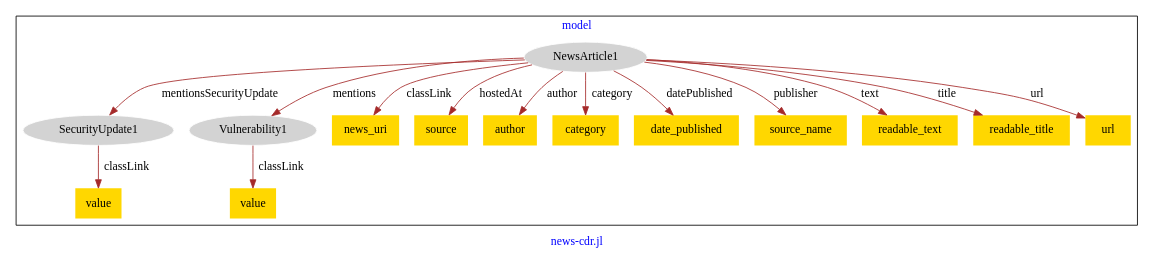
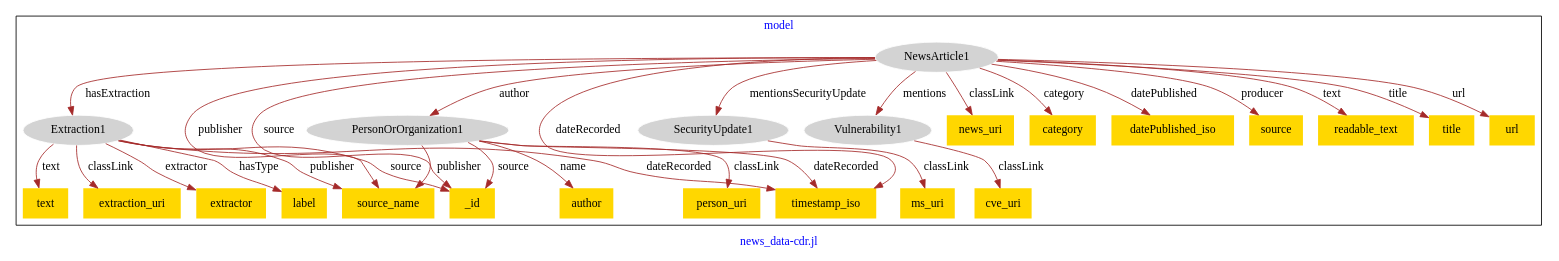
Before and after one commit to usc-isi-i2/effect-alignment: the diagram in models/isi-news/news-model.dot, drawn with Graphviz.

Commit message:
Update file news-model.dot

```diff
--- a/models/isi-news/news-model.dot
+++ b/models/isi-news/news-model.dot
@@ -1,35 +1,59 @@
 digraph n0 {
 fontcolor="blue"
 remincross="true"
-label="news-cdr.jl"
+label="news_data-cdr.jl"
 subgraph cluster {
 label="model"
-n2[style="filled",color="white",fillcolor="lightgray",label="SecurityUpdate1"];
-n3[shape="plaintext",style="filled",fillcolor="gold",label="value"];
-n4[style="filled",color="white",fillcolor="lightgray",label="Vulnerability1"];
-n5[shape="plaintext",style="filled",fillcolor="gold",label="value"];
-n6[style="filled",color="white",fillcolor="lightgray",label="NewsArticle1"];
-n7[shape="plaintext",style="filled",fillcolor="gold",label="news_uri"];
-n8[shape="plaintext",style="filled",fillcolor="gold",label="source"];
-n9[shape="plaintext",style="filled",fillcolor="gold",label="author"];
-n10[shape="plaintext",style="filled",fillcolor="gold",label="category"];
-n11[shape="plaintext",style="filled",fillcolor="gold",label="date_published"];
-n12[shape="plaintext",style="filled",fillcolor="gold",label="source_name"];
-n13[shape="plaintext",style="filled",fillcolor="gold",label="readable_text"];
-n14[shape="plaintext",style="filled",fillcolor="gold",label="readable_title"];
-n15[shape="plaintext",style="filled",fillcolor="gold",label="url"];
+n2[style="filled",color="white",fillcolor="lightgray",label="Extraction1"];
+n3[shape="plaintext",style="filled",fillcolor="gold",label="extraction_uri"];
+n4[shape="plaintext",style="filled",fillcolor="gold",label="extractor"];
+n5[shape="plaintext",style="filled",fillcolor="gold",label="label"];
+n6[shape="plaintext",style="filled",fillcolor="gold",label="text"];
+n7[style="filled",color="white",fillcolor="lightgray",label="PersonOrOrganization1"];
+n8[shape="plaintext",style="filled",fillcolor="gold",label="person_uri"];
+n9[shape="plaintext",style="filled",fillcolor="gold",label="timestamp_iso"];
+n10[shape="plaintext",style="filled",fillcolor="gold",label="author"];
+n11[shape="plaintext",style="filled",fillcolor="gold",label="source_name"];
+n12[shape="plaintext",style="filled",fillcolor="gold",label="_id"];
+n13[style="filled",color="white",fillcolor="lightgray",label="SecurityUpdate1"];
+n14[shape="plaintext",style="filled",fillcolor="gold",label="ms_uri"];
+n15[style="filled",color="white",fillcolor="lightgray",label="Vulnerability1"];
+n16[shape="plaintext",style="filled",fillcolor="gold",label="cve_uri"];
+n17[style="filled",color="white",fillcolor="lightgray",label="NewsArticle1"];
+n18[shape="plaintext",style="filled",fillcolor="gold",label="news_uri"];
+n19[shape="plaintext",style="filled",fillcolor="gold",label="category"];
+n20[shape="plaintext",style="filled",fillcolor="gold",label="datePublished_iso"];
+n21[shape="plaintext",style="filled",fillcolor="gold",label="source"];
+n22[shape="plaintext",style="filled",fillcolor="gold",label="readable_text"];
+n23[shape="plaintext",style="filled",fillcolor="gold",label="title"];
+n24[shape="plaintext",style="filled",fillcolor="gold",label="url"];
 }
 n2 -> n3[color="brown",fontcolor="black",label="classLink"]
-n4 -> n5[color="brown",fontcolor="black",label="classLink"]
-n6 -> n7[color="brown",fontcolor="black",label="classLink"]
-n6 -> n8[color="brown",fontcolor="black",label="hostedAt"]
-n6 -> n2[color="brown",fontcolor="black",label="mentionsSecurityUpdate"]
-n6 -> n9[color="brown",fontcolor="black",label="author"]
-n6 -> n10[color="brown",fontcolor="black",label="category"]
-n6 -> n11[color="brown",fontcolor="black",label="datePublished"]
-n6 -> n4[color="brown",fontcolor="black",label="mentions"]
-n6 -> n12[color="brown",fontcolor="black",label="publisher"]
-n6 -> n13[color="brown",fontcolor="black",label="text"]
-n6 -> n14[color="brown",fontcolor="black",label="title"]
-n6 -> n15[color="brown",fontcolor="black",label="url"]
+n2 -> n4[color="brown",fontcolor="black",label="extractor"]
+n2 -> n5[color="brown",fontcolor="black",label="hasType"]
+n2 -> n6[color="brown",fontcolor="black",label="text"]
+n7 -> n8[color="brown",fontcolor="black",label="classLink"]
+n7 -> n9[color="brown",fontcolor="black",label="dateRecorded"]
+n7 -> n10[color="brown",fontcolor="black",label="name"]
+n7 -> n11[color="brown",fontcolor="black",label="publisher"]
+n7 -> n12[color="brown",fontcolor="black",label="source"]
+n13 -> n14[color="brown",fontcolor="black",label="classLink"]
+n15 -> n16[color="brown",fontcolor="black",label="classLink"]
+n17 -> n18[color="brown",fontcolor="black",label="classLink"]
+n17 -> n2[color="brown",fontcolor="black",label="hasExtraction"]
+n17 -> n13[color="brown",fontcolor="black",label="mentionsSecurityUpdate"]
+n17 -> n7[color="brown",fontcolor="black",label="author"]
+n17 -> n19[color="brown",fontcolor="black",label="category"]
+n17 -> n20[color="brown",fontcolor="black",label="datePublished"]
+n17 -> n15[color="brown",fontcolor="black",label="mentions"]
+n17 -> n21[color="brown",fontcolor="black",label="producer"]
+n17 -> n22[color="brown",fontcolor="black",label="text"]
+n17 -> n23[color="brown",fontcolor="black",label="title"]
+n17 -> n24[color="brown",fontcolor="black",label="url"]
+n17 -> n12[color="brown",fontcolor="black",label="source"]
+n2 -> n11[color="brown",fontcolor="black",label="publisher"]
+n17 -> n11[color="brown",fontcolor="black",label="publisher"]
+n17 -> n9[color="brown",fontcolor="black",label="dateRecorded"]
+n2 -> n9[color="brown",fontcolor="black",label="dateRecorded"]
+n2 -> n12[color="brown",fontcolor="black",label="source"]
 }
```
